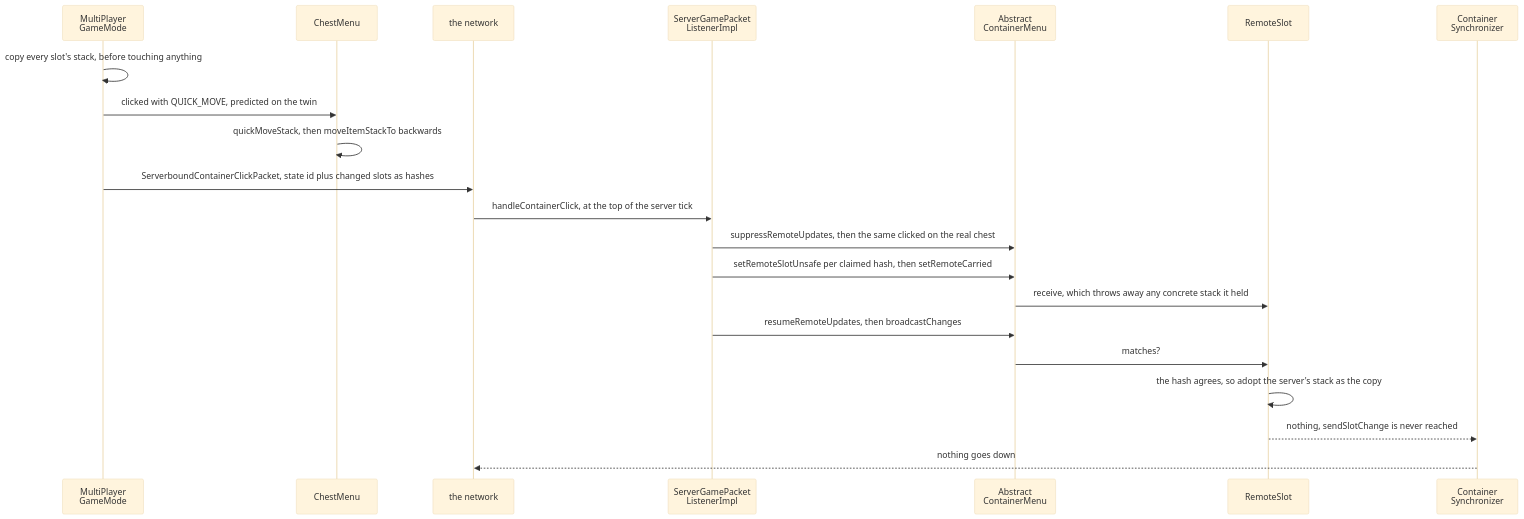
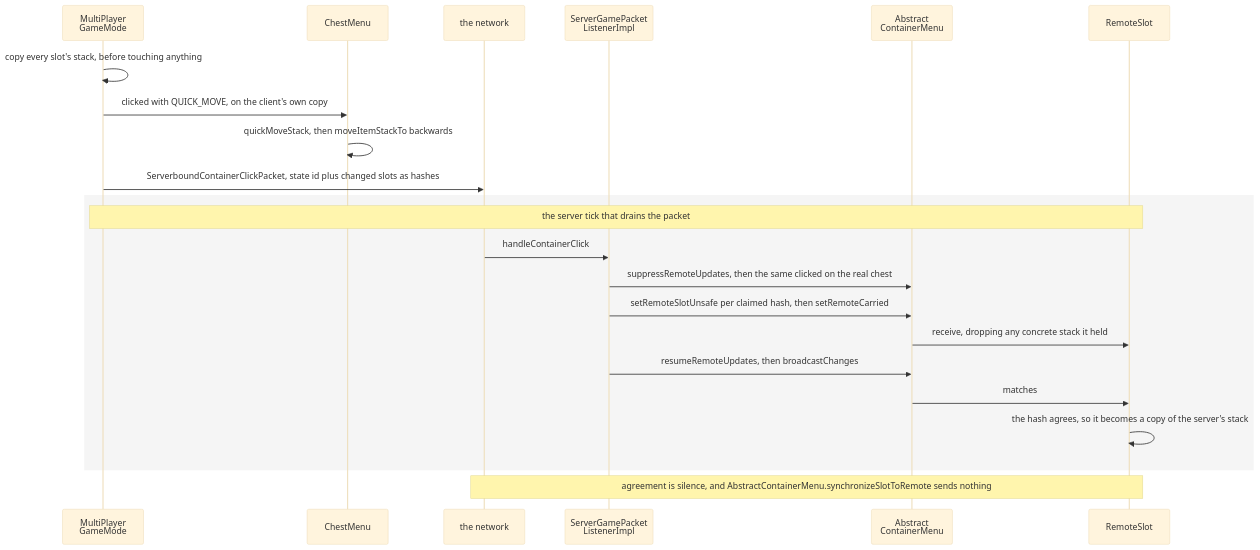
The first of 2 diagrams in src/systems/items/containers-and-menus.md (AlexanderjFraser/MinecraftDocs), drawn with Mermaid (base theme) before and after one commit. The commit also changed other lines of this file and 19 other files, not shown here.

````diff
--- a/src/systems/items/containers-and-menus.md
+++ b/src/systems/items/containers-and-menus.md
@@ -125,24 +125,25 @@
 ```mermaid
 sequenceDiagram
     participant MPGM as MultiPlayer<br/>GameMode
     participant ChestM as ChestMenu
     participant Wire as the network
     participant SGPL as ServerGamePacket<br/>ListenerImpl
     participant ACM as Abstract<br/>ContainerMenu
     participant RemS as RemoteSlot
-    participant CSync as Container<br/>Synchronizer
 
     MPGM->>MPGM: copy every slot's stack, before touching anything
-    MPGM->>ChestM: clicked with QUICK_MOVE, predicted on the twin
+    MPGM->>ChestM: clicked with QUICK_MOVE, on the client's own copy
     ChestM->>ChestM: quickMoveStack, then moveItemStackTo backwards
     MPGM->>Wire: ServerboundContainerClickPacket, state id plus changed slots as hashes
-    Wire->>SGPL: handleContainerClick, at the top of the server tick
-    SGPL->>ACM: suppressRemoteUpdates, then the same clicked on the real chest
-    SGPL->>ACM: setRemoteSlotUnsafe per claimed hash, then setRemoteCarried
-    ACM->>RemS: receive, which throws away any concrete stack it held
-    SGPL->>ACM: resumeRemoteUpdates, then broadcastChanges
-    ACM->>RemS: matches?
-    RemS->>RemS: the hash agrees, so adopt the server's stack as the copy
-    RemS-->>CSync: nothing, sendSlotChange is never reached
-    CSync-->>Wire: nothing goes down
+    rect rgba(0, 0, 0, 0.04)
+        Note over MPGM,RemS: the server tick that drains the packet
+        Wire->>SGPL: handleContainerClick
+        SGPL->>ACM: suppressRemoteUpdates, then the same clicked on the real chest
+        SGPL->>ACM: setRemoteSlotUnsafe per claimed hash, then setRemoteCarried
+        ACM->>RemS: receive, dropping any concrete stack it held
+        SGPL->>ACM: resumeRemoteUpdates, then broadcastChanges
+        ACM->>RemS: matches
+        RemS->>RemS: the hash agrees, so it becomes a copy of the server's stack
+    end
+    Note over Wire,RemS: agreement is silence, and AbstractContainerMenu.synchronizeSlotToRemote sends nothing
 ```
````
